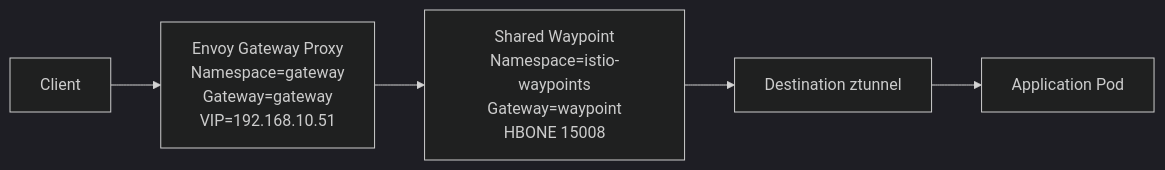
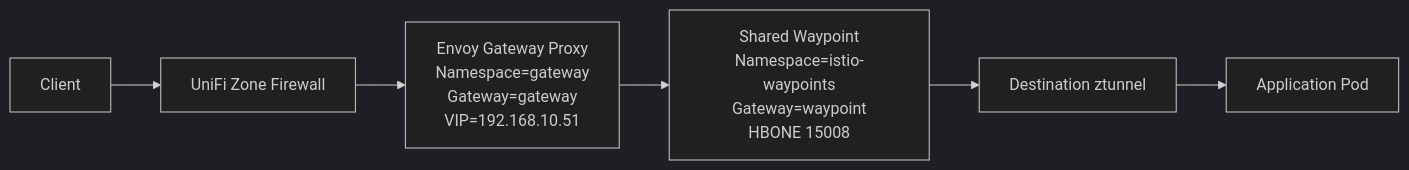
One commit to siutsin/otaru changed the first of 3 diagrams in documentation/connectivity.md. Above: the diagram before and after it, drawn with Mermaid (dark theme). The commit also changed other lines of this file and 21 other files, not shown here.

````diff
--- a/documentation/connectivity.md
+++ b/documentation/connectivity.md
@@ -116,7 +120,8 @@
 ```mermaid
 flowchart LR
-  U["Client"] --> EG["Envoy Gateway Proxy\nNamespace=gateway\nGateway=gateway\nVIP=192.168.10.51"]
+  U["Client"] --> UF["UniFi Zone Firewall"]
+  UF --> EG["Envoy Gateway Proxy\nNamespace=gateway\nGateway=gateway\nVIP=192.168.10.51"]
   EG --> W["Shared Waypoint\nNamespace=istio-waypoints\nGateway=waypoint\nHBONE 15008"]
   W --> ZD["Destination ztunnel"]
   ZD --> P["Application Pod"]
 ```
````
